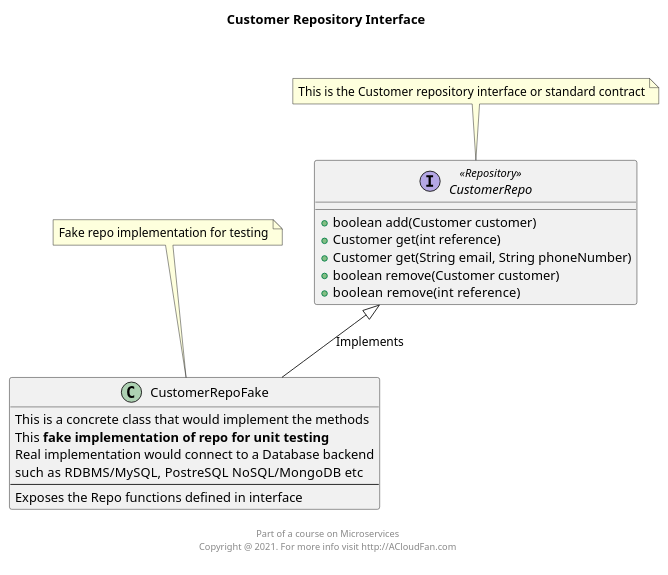
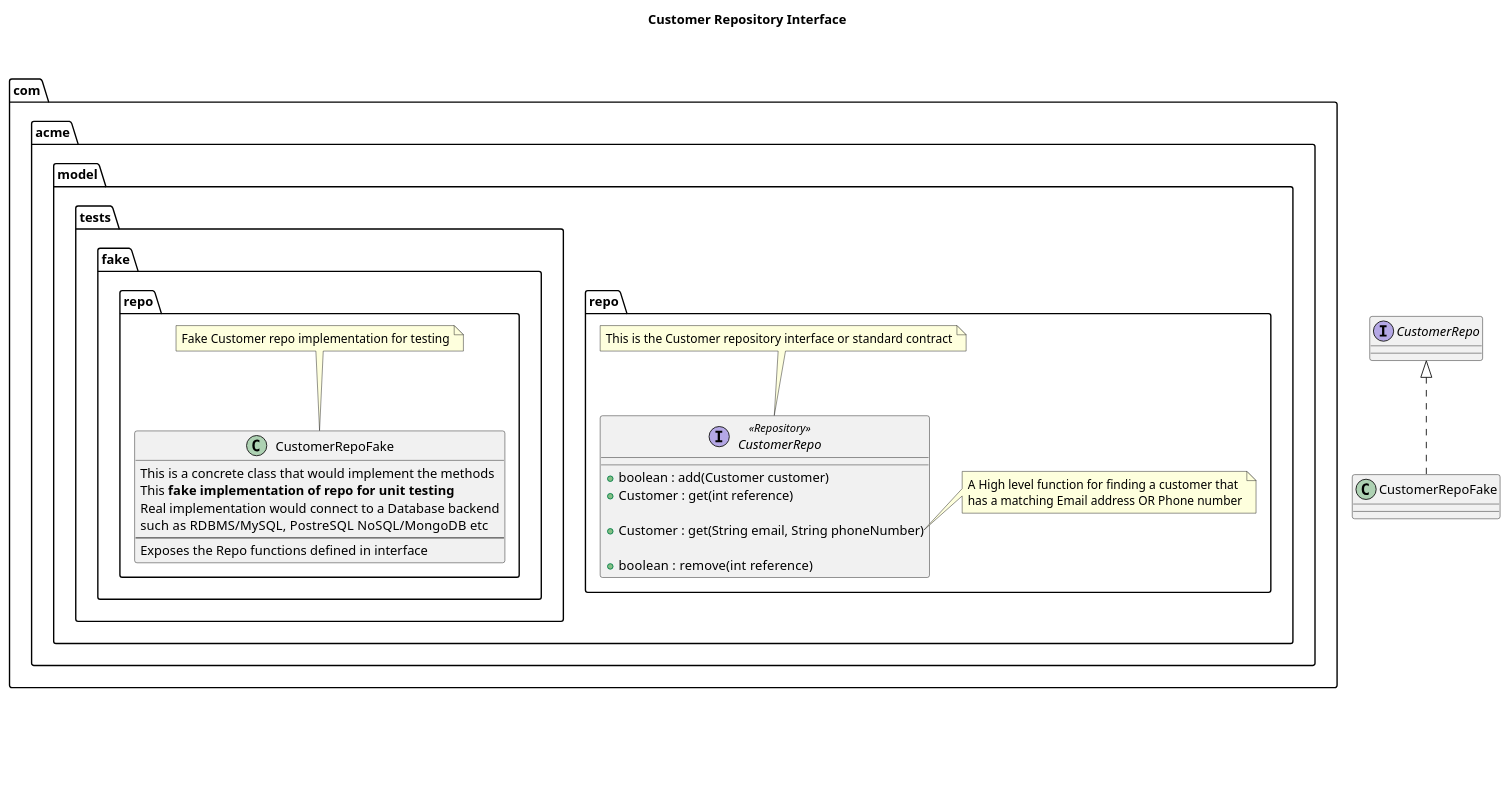
One commit to acloudfan/MSFA-ACME-Sales-vdraft changed the diagram in uml/repo/customer.interface.puml. Above: the diagram before and after it, drawn with PlantUML. The commit also changed 32 other files, not shown here.

```diff
--- a/uml/repo/customer.interface.puml
+++ b/uml/repo/customer.interface.puml
@@ -1,28 +1,39 @@
 @startuml
 
-interface CustomerRepo <<Repository>> {
-    + boolean add(Customer customer)
-    + Customer get(int reference)
-    + Customer get(String email, String phoneNumber)
-    + boolean remove(Customer customer)
-    + boolean remove(int  reference)
+package com.acme.model.repo {
+    interface CustomerRepo <<Repository>> {
+        + boolean : add(Customer customer)
+        + Customer : get(int reference)
+
+        + Customer : get(String email, String phoneNumber)
+
+        + boolean : remove(int  reference)
+    }
+    note top of CustomerRepo : This is the Customer repository interface or standard contract
+
+    note right of CustomerRepo::"Customer : get(String email, String phoneNumber)"
+            A High level function for finding a customer that
+            has a matching Email address OR Phone number
+    end note
+
 }
-note "This is the Customer repository interface or standard contract" as N1
-N1 .. CustomerRepo
 
-class CustomerRepoFake {
-    This is a concrete class that would implement the methods
-    This <b>fake implementation of repo for unit testing</b>
-    Real implementation would connect to a Database backend
-    such as RDBMS/MySQL, PostreSQL   NoSQL/MongoDB etc
-    --
-    Exposes the Repo functions defined in interface
+package com.acme.model.tests.fake.repo {
+    class CustomerRepoFake {
+        This is a concrete class that would implement the methods
+        This <b>fake implementation of repo for unit testing</b>
+        Real implementation would connect to a Database backend
+        such as RDBMS/MySQL, PostreSQL   NoSQL/MongoDB etc
+        --
+        Exposes the Repo functions defined in interface
+    }
+    note top of  CustomerRepoFake : Fake Customer repo implementation for testing
+
 }
-note "Fake repo implementation for testing" as N2
-N2 .. CustomerRepoFake
 
-CustomerRepo <|-- CustomerRepoFake  : Implements
+class CustomerRepoFake implements CustomerRepo
+
 
 title  Customer Repository Interface \n \n
-footer \n Part of a course on Microservices \n Copyright @ 2021. For more info visit http://ACloudFan.com \n
+footer \n\n\n \n\n\n\n
 @enduml
```
